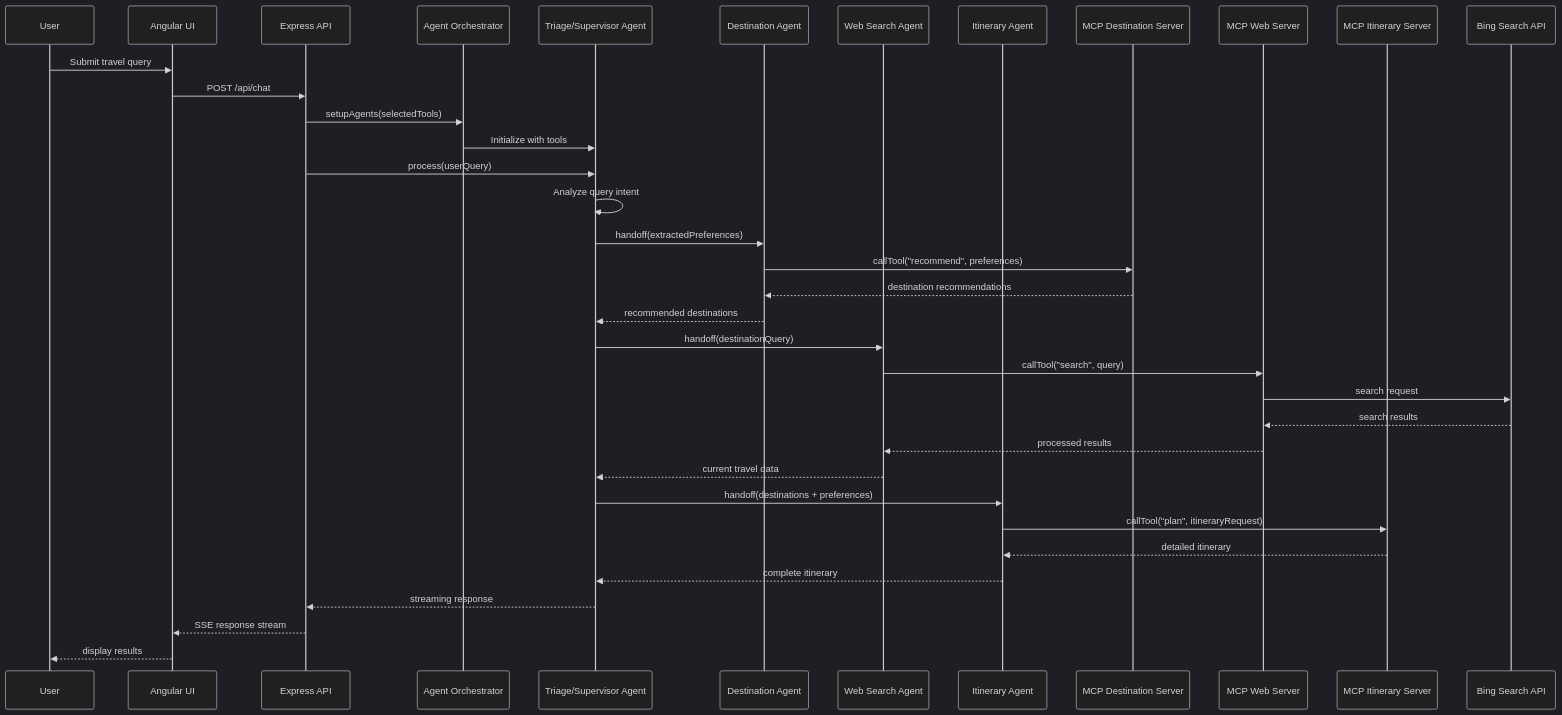
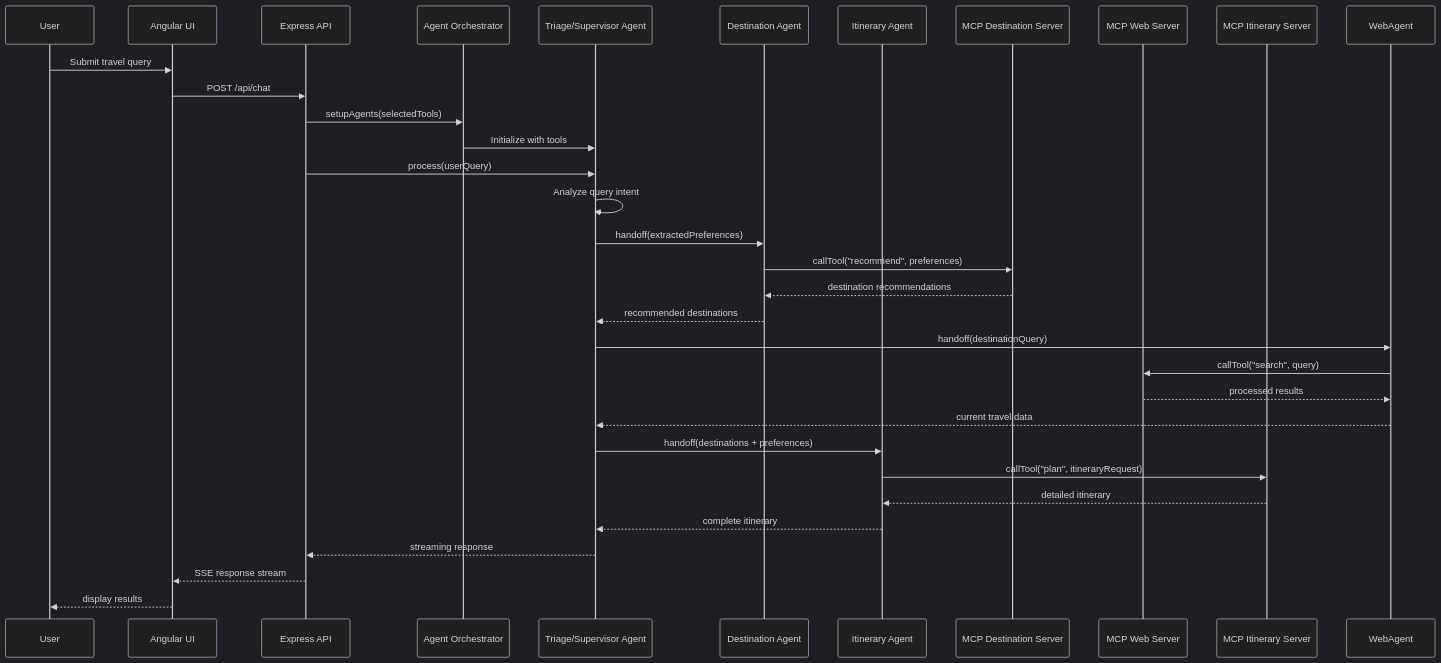
Before and after one commit to Azure-Samples/azure-ai-travel-agents: the first of 6 diagrams in docs/technical-architecture.md, drawn with Mermaid (dark theme). The commit also changed other lines of this file and 41 other files, not shown here.

````diff
--- a/docs/technical-architecture.md
+++ b/docs/technical-architecture.md
@@ -569,44 +524,40 @@
 ```mermaid
 sequenceDiagram
     participant User
     participant UI as Angular UI
     participant API as Express API
     participant Orchestrator as Agent Orchestrator
     participant TriageAgent as Triage/Supervisor Agent
     participant DestAgent as Destination Agent
-    participant WebAgent as Web Search Agent
     participant ItinAgent as Itinerary Agent
     participant MCPDest as MCP Destination Server
     participant MCPWeb as MCP Web Server
     participant MCPItin as MCP Itinerary Server
-    participant BingAPI as Bing Search API
 
     User->>UI: Submit travel query
     UI->>API: POST /api/chat
     API->>Orchestrator: setupAgents(selectedTools)
     Orchestrator->>TriageAgent: Initialize with tools
     
     API->>TriageAgent: process(userQuery)
     TriageAgent->>TriageAgent: Analyze query intent
     
     TriageAgent->>DestAgent: handoff(extractedPreferences)
     DestAgent->>MCPDest: callTool("recommend", preferences)
     MCPDest-->>DestAgent: destination recommendations
     DestAgent-->>TriageAgent: recommended destinations
     
     TriageAgent->>WebAgent: handoff(destinationQuery)
     WebAgent->>MCPWeb: callTool("search", query)
-    MCPWeb->>BingAPI: search request
-    BingAPI-->>MCPWeb: search results
     MCPWeb-->>WebAgent: processed results
     WebAgent-->>TriageAgent: current travel data
     
     TriageAgent->>ItinAgent: handoff(destinations + preferences)
     ItinAgent->>MCPItin: callTool("plan", itineraryRequest)
     MCPItin-->>ItinAgent: detailed itinerary
     ItinAgent-->>TriageAgent: complete itinerary
     
     TriageAgent-->>API: streaming response
     API-->>UI: SSE response stream
     UI-->>User: display results
 ```
````
